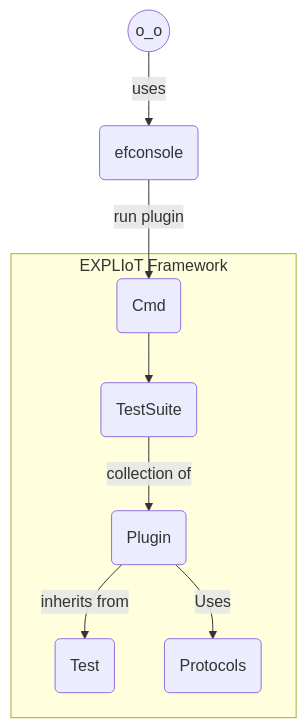
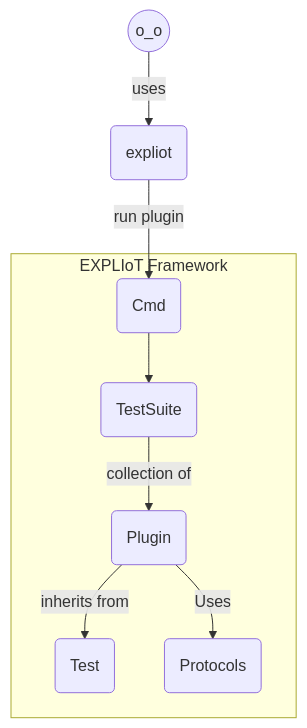
The diagram in README.md (expliot-framework/expliot), drawn with Mermaid before and after one commit. The commit also changed other lines of this file and 3 other files, not shown here.

Commit message:
Added command line capability, changed name of bin script from efconsole to expliot, bumped version

````diff
--- a/README.md
+++ b/README.md
@@ -544,12 +646,12 @@
 ```mermaid
 graph TD
-A((o_o)) --> |uses| B(efconsole)
-B(efconsole) -->|run plugin| C(Cmd)
+A((o_o)) --> |uses| B(expliot)
+B(expliot) -->|run plugin| C(Cmd)
 subgraph EXPLIoT Framework
     C --> D(TestSuite)
     D --> |collection of| E(Plugin)
     E --> |inherits from| F(Test)
     E --> |Uses| G(Protocols)
 end
 
 ```
````
